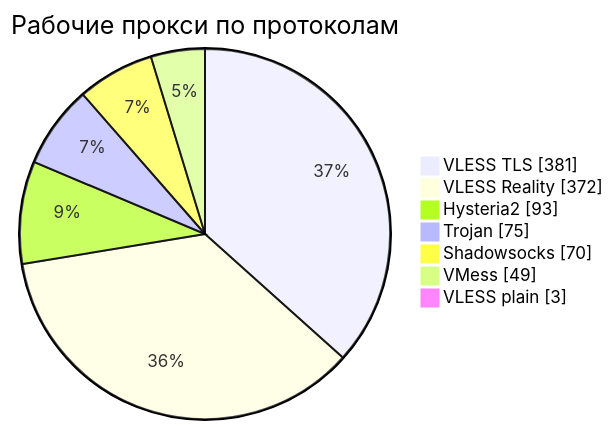
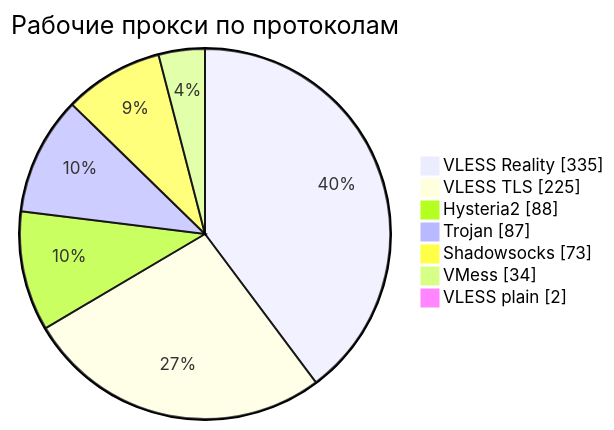
Before and after one commit to rvvg/proxy-subs: the third of 4 diagrams in README.md, drawn with Mermaid. The commit also changed other lines of this file and 55 other files, not shown here.

````diff
--- a/README.md
+++ b/README.md
@@ -135,11 +139,11 @@
 ```mermaid
 pie showData
     title Рабочие прокси по протоколам
-    "VLESS TLS" : 381
-    "VLESS Reality" : 372
-    "Hysteria2" : 93
-    "Trojan" : 75
-    "Shadowsocks" : 70
-    "VMess" : 49
-    "VLESS plain" : 3
+    "VLESS Reality" : 335
+    "VLESS TLS" : 225
+    "Hysteria2" : 88
+    "Trojan" : 87
+    "Shadowsocks" : 73
+    "VMess" : 34
+    "VLESS plain" : 2
 ```
````
